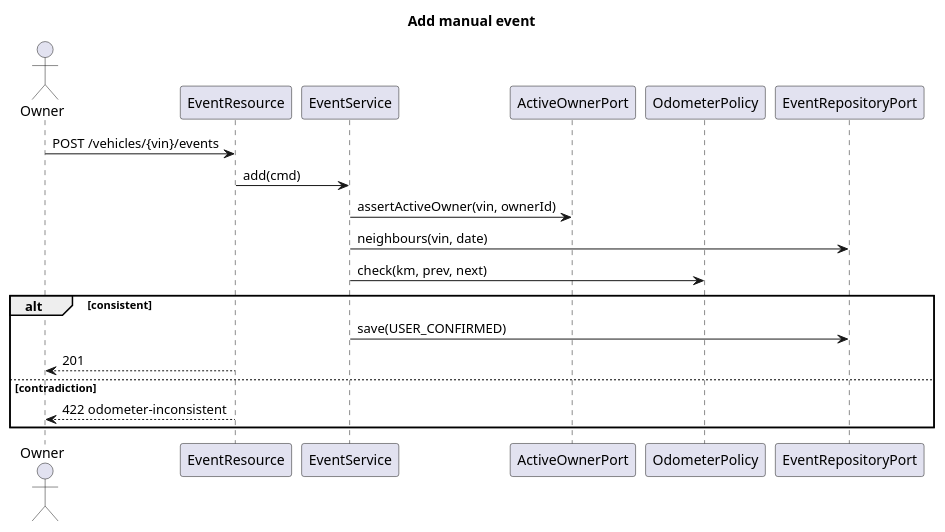
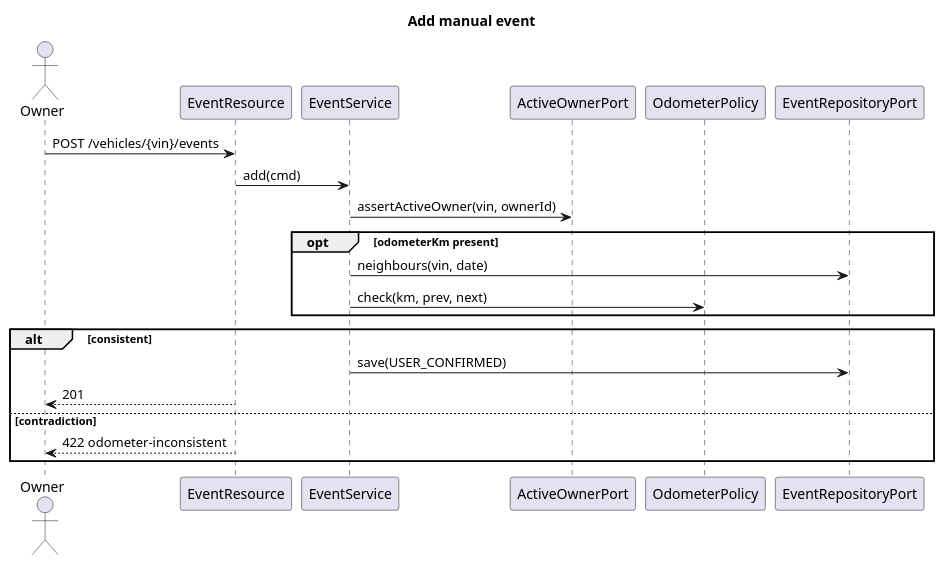
Before and after one commit to chelariu-andrei/vehicle-passport: the second of 2 diagrams in docs/diagrams/event-timeline.puml, drawn with PlantUML. The commit also changed 6 other files, not shown here.

Commit message:
docs: diagrams and spec match the extended timeline build

```diff
--- a/docs/diagrams/event-timeline.puml
+++ b/docs/diagrams/event-timeline.puml
@@ -43,20 +43,22 @@
 @startuml event-add-seq
 title Add manual event
 actor Owner
 participant EventResource
 participant EventService
 participant ActiveOwnerPort
 participant OdometerPolicy
 participant EventRepositoryPort
 Owner -> EventResource : POST /vehicles/{vin}/events
 EventResource -> EventService : add(cmd)
 EventService -> ActiveOwnerPort : assertActiveOwner(vin, ownerId)
-EventService -> EventRepositoryPort : neighbours(vin, date)
-EventService -> OdometerPolicy : check(km, prev, next)
+opt odometerKm present
+  EventService -> EventRepositoryPort : neighbours(vin, date)
+  EventService -> OdometerPolicy : check(km, prev, next)
+end
 alt consistent
   EventService -> EventRepositoryPort : save(USER_CONFIRMED)
   EventResource --> Owner : 201
 else contradiction
   EventResource --> Owner : 422 odometer-inconsistent
 end
 @enduml
```
